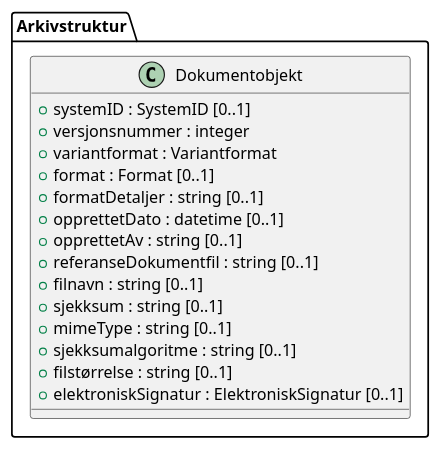
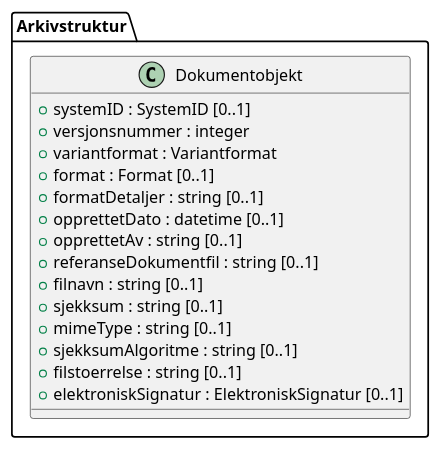
The diagram in media/uml-class-dokumentobjekt.iuml (arkivverket/noark5-tjenestegrensesnitt-standard), drawn with PlantUML before and after one commit. The commit also changed 5 other files, not shown here.

First line of the commit message:
Generate PlantUML include files from chapter 7 using text2uml.

```diff
--- a/media/uml-class-dokumentobjekt.iuml
+++ b/media/uml-class-dokumentobjekt.iuml
@@ -1,18 +1,18 @@
 @startuml
 class Arkivstruktur.Dokumentobjekt {
   +systemID : SystemID [0..1]
   +versjonsnummer : integer
   +variantformat : Variantformat
   +format : Format [0..1]
   +formatDetaljer : string [0..1]
   +opprettetDato : datetime [0..1]
   +opprettetAv : string [0..1]
   +referanseDokumentfil : string [0..1]
   +filnavn : string [0..1]
   +sjekksum : string [0..1]
   +mimeType : string [0..1]
-  +sjekksumalgoritme : string [0..1]
-  +filstørrelse : string [0..1]
+  +sjekksumAlgoritme : string [0..1]
+  +filstoerrelse : string [0..1]
   +elektroniskSignatur : ElektroniskSignatur [0..1]
 }
 @enduml
```
